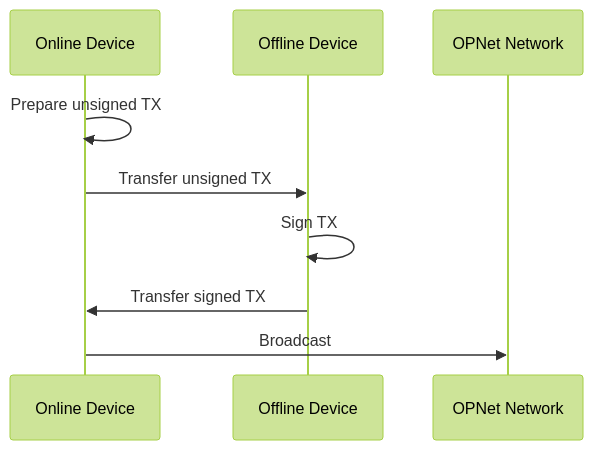
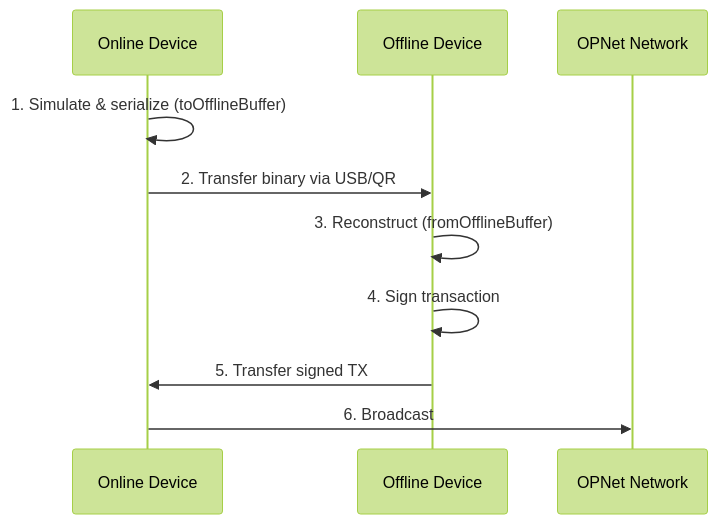
The diagram in docs/contracts/offline-signing.md (btc-vision/opnet), drawn with Mermaid (forest theme) before and after one commit. The commit also changed other lines of this file and 16 other files, not shown here.

````diff
--- a/docs/contracts/offline-signing.md
+++ b/docs/contracts/offline-signing.md
@@ -7,12 +32,13 @@
 ```mermaid
 sequenceDiagram
     participant Online as Online Device
     participant Offline as Offline Device
     participant Network as OPNet Network
 
-    Online->>Online: Prepare unsigned TX
-    Online->>Offline: Transfer unsigned TX
-    Offline->>Offline: Sign TX
-    Offline->>Online: Transfer signed TX
-    Online->>Network: Broadcast
+    Online->>Online: 1. Simulate & serialize (toOfflineBuffer)
+    Online->>Offline: 2. Transfer binary via USB/QR
+    Offline->>Offline: 3. Reconstruct (fromOfflineBuffer)
+    Offline->>Offline: 4. Sign transaction
+    Offline->>Online: 5. Transfer signed TX
+    Online->>Network: 6. Broadcast
 ```
````
